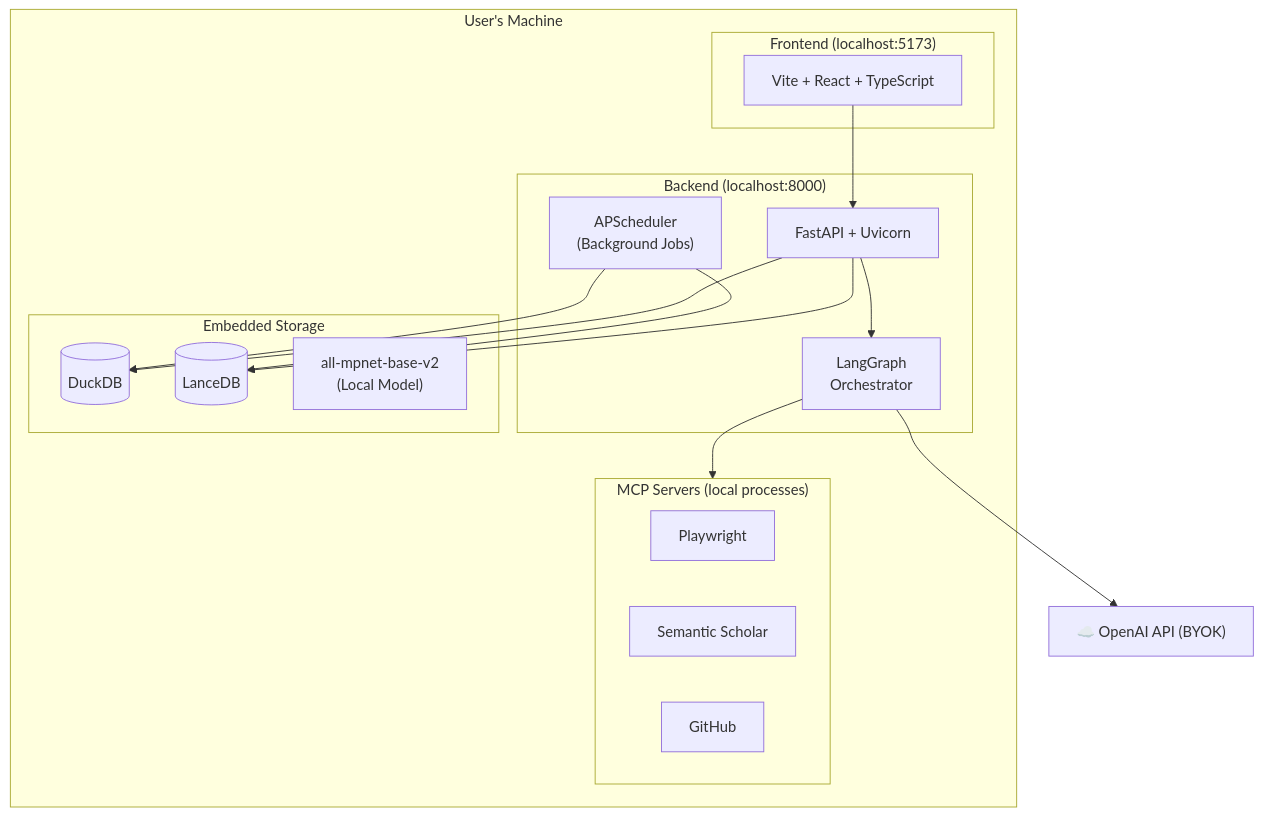
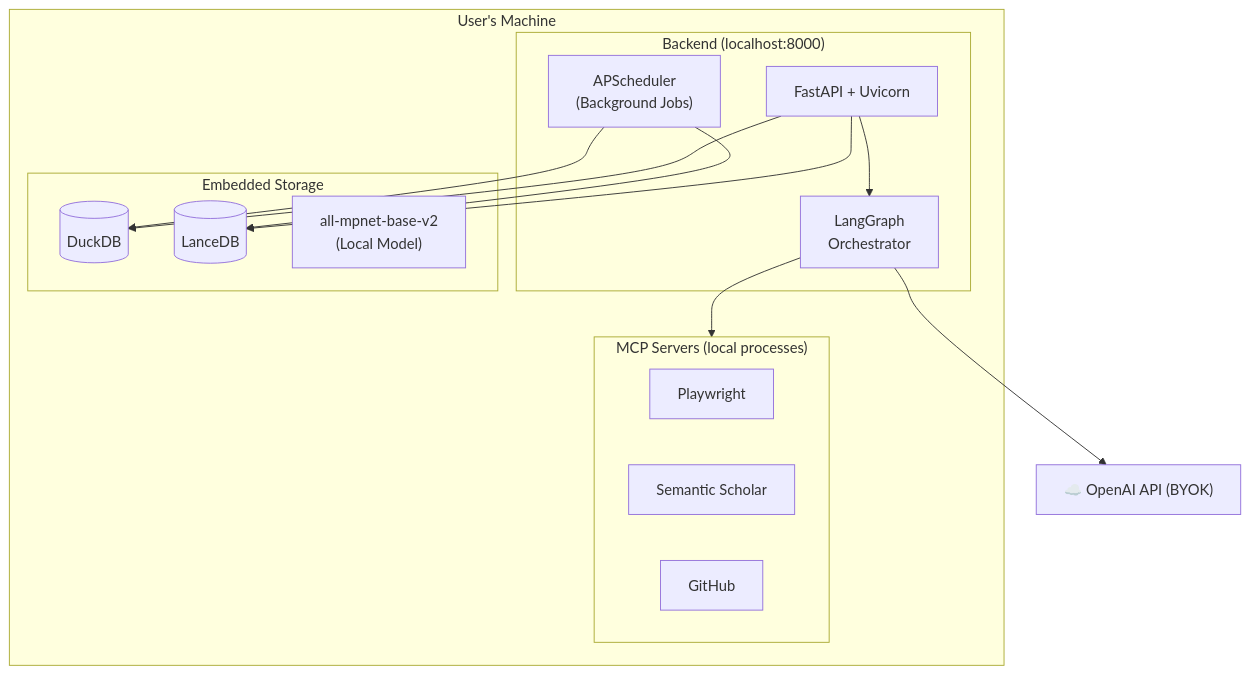
One commit to dorycui007/Memora changed the ninth of 10 diagrams in ARCHITECTURE.md. Above: the diagram before and after it, drawn with Mermaid. The commit also changed other lines of this file and 79 other files, not shown here.

First line of the commit message:
Remove frontend and refactor to backend-only architecture

````diff
--- a/ARCHITECTURE.md
+++ b/ARCHITECTURE.md
@@ -1429,37 +1343,32 @@
 ```mermaid
 graph TB
     subgraph Local["User's Machine"]
-        subgraph FE["Frontend (localhost:5173)"]
-            React["Vite + React + TypeScript"]
-        end
-
         subgraph BE["Backend (localhost:8000)"]
             FastAPI["FastAPI + Uvicorn"]
             Scheduler["APScheduler<br/>(Background Jobs)"]
             LG["LangGraph<br/>Orchestrator"]
         end
 
         subgraph Data["Embedded Storage"]
             RG[("DuckDB")]
             LDB[("LanceDB")]
             BGE["all-mpnet-base-v2<br/>(Local Model)"]
         end
 
         subgraph MCP["MCP Servers (local processes)"]
             PW["Playwright"]
             SS["Semantic Scholar"]
             GH["GitHub"]
         end
 
-        React --> FastAPI
         FastAPI --> LG
         FastAPI --> RG
         FastAPI --> LDB
         LG --> MCP
         Scheduler --> RG
         Scheduler --> LDB
     end
 
     OpenAI["☁️ OpenAI API (BYOK)"]
     LG --> OpenAI
 ```
````
